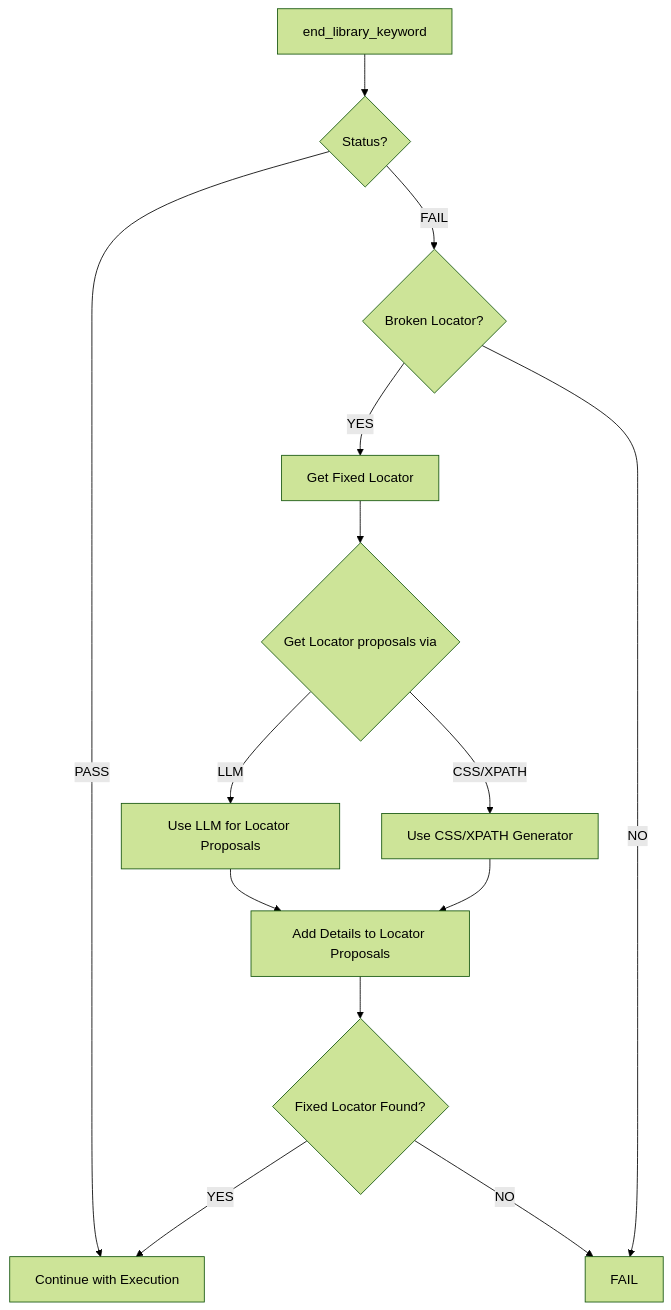
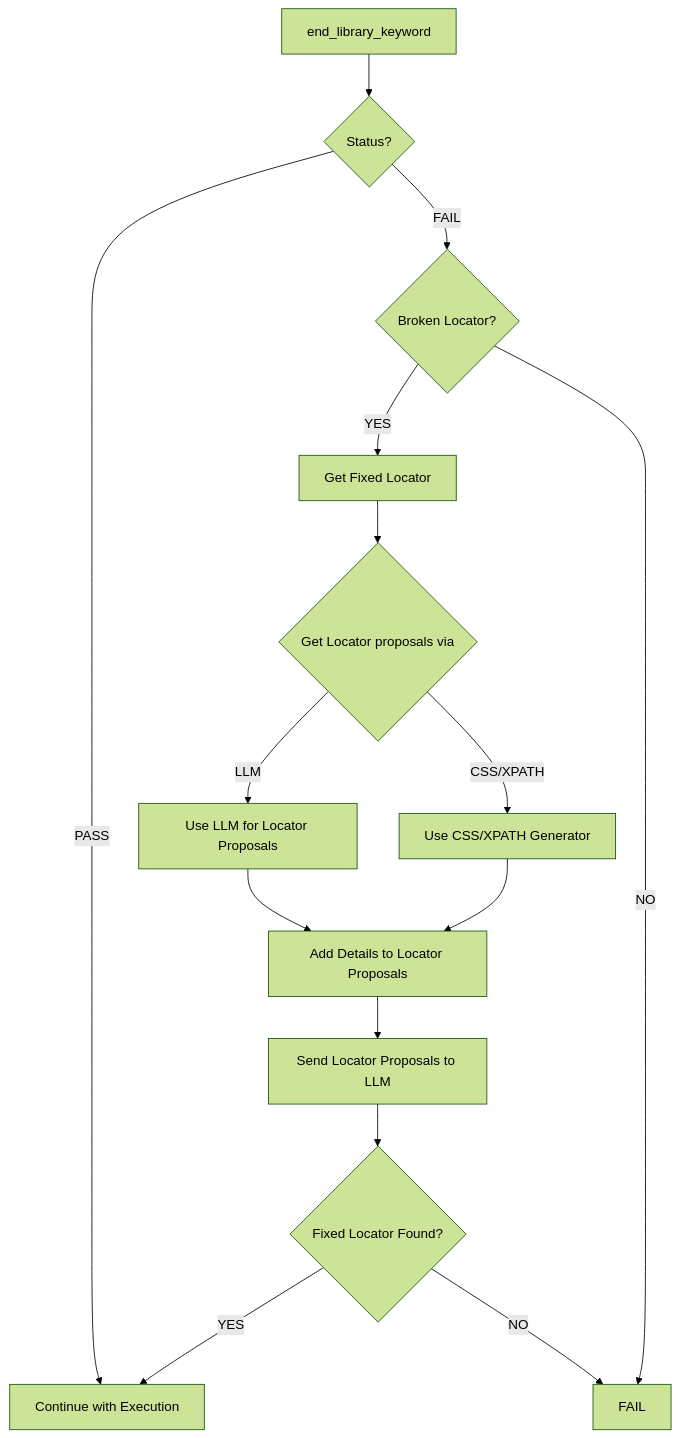
Before and after one commit to manykarim/robotframework-heal: the diagram in docs/features.md, drawn with Mermaid (forest theme). The commit also changed other lines of this file, not shown here.

Commit message:
Diagram adjustments

````diff
--- a/docs/features.md
+++ b/docs/features.md
@@ -57,17 +57,17 @@
 ``` mermaid
 graph TD
   A[end_library_keyword] --> B{Status?};
   B -->|FAIL| C{Broken Locator?};
   C --> |YES| D[Get Fixed Locator];
   D --> F{Get Locator proposals via}
   F --> |LLM| G[Use LLM for Locator Proposals];
   F --> |CSS/XPATH| H[Use CSS/XPATH Generator];
   G --> J[Add Details to Locator Proposals];
   H --> J[Add Details to Locator Proposals];
   B ----->|PASS| E[Continue with Execution];
-  J --> K{Fixed Locator Found?};
+  J --> LLM[Send Locator Proposals to LLM] --> K{Fixed Locator Found?};
   K -->|YES| E;
   K -->|NO| I;
   C -------> |NO| I[FAIL];
 
 ```
````
